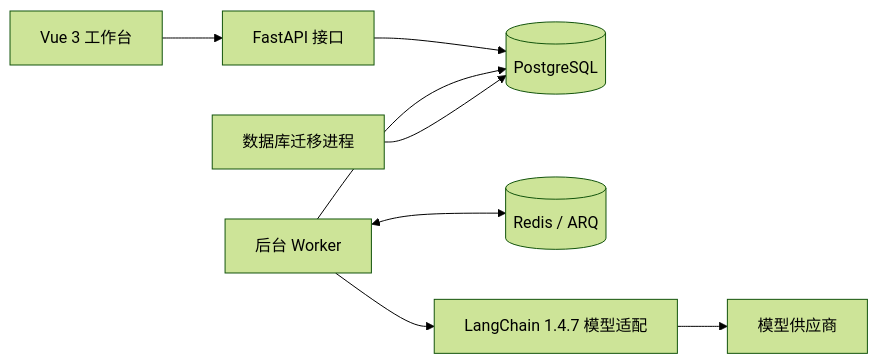
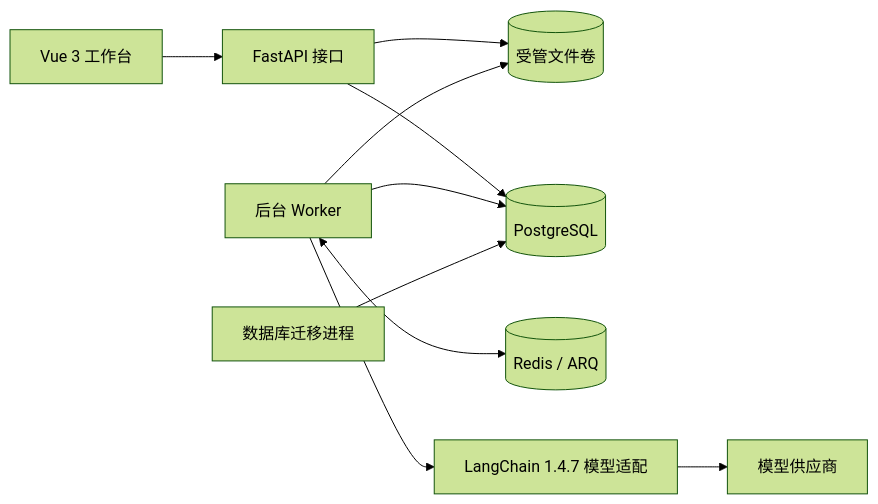
One commit to JINAN-xxx/Zhiheng changed the diagram in README.md. Above: the diagram before and after it, drawn with Mermaid (forest theme). The commit also changed other lines of this file and 99 other files, not shown here.

````diff
--- a/README.md
+++ b/README.md
@@ -33,10 +34,12 @@
 ```mermaid
 flowchart LR
     Web[Vue 3 工作台] --> API[FastAPI 接口]
+    API --> Files[(受管文件卷)]
+    Worker --> Files
     API --> PG[(PostgreSQL)]
     Worker[后台 Worker] --> PG
     Worker <--> Redis[(Redis / ARQ)]
     Worker --> Models[LangChain 1.4.7 模型适配]
     Models --> Provider[模型供应商]
     Migrator[数据库迁移进程] --> PG
 ```
````
